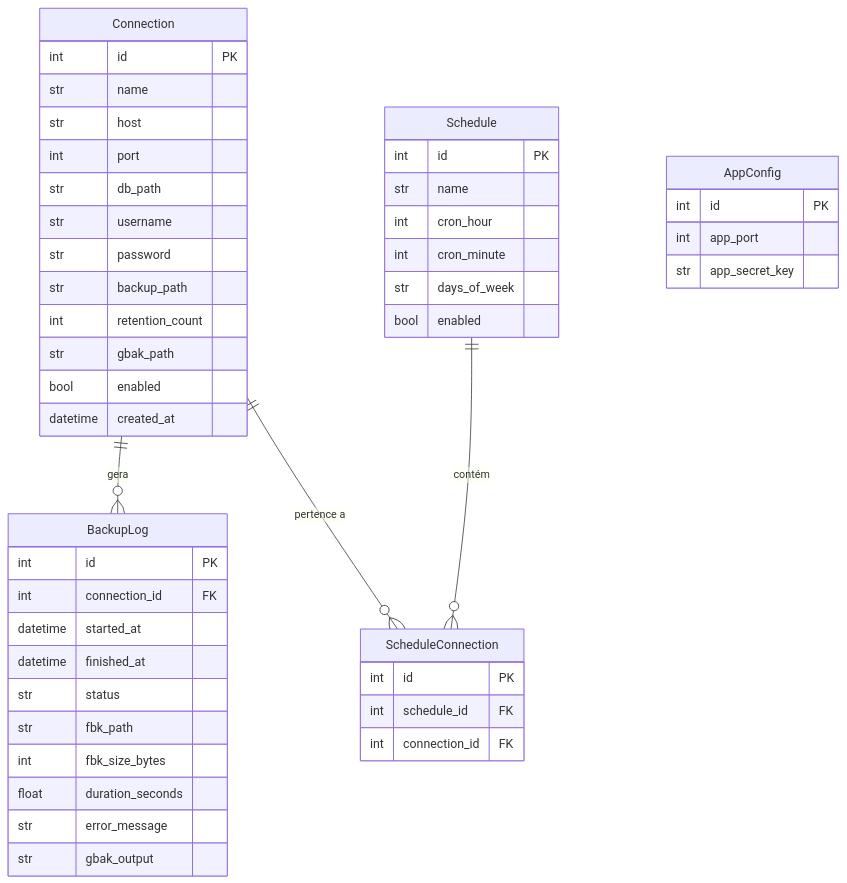
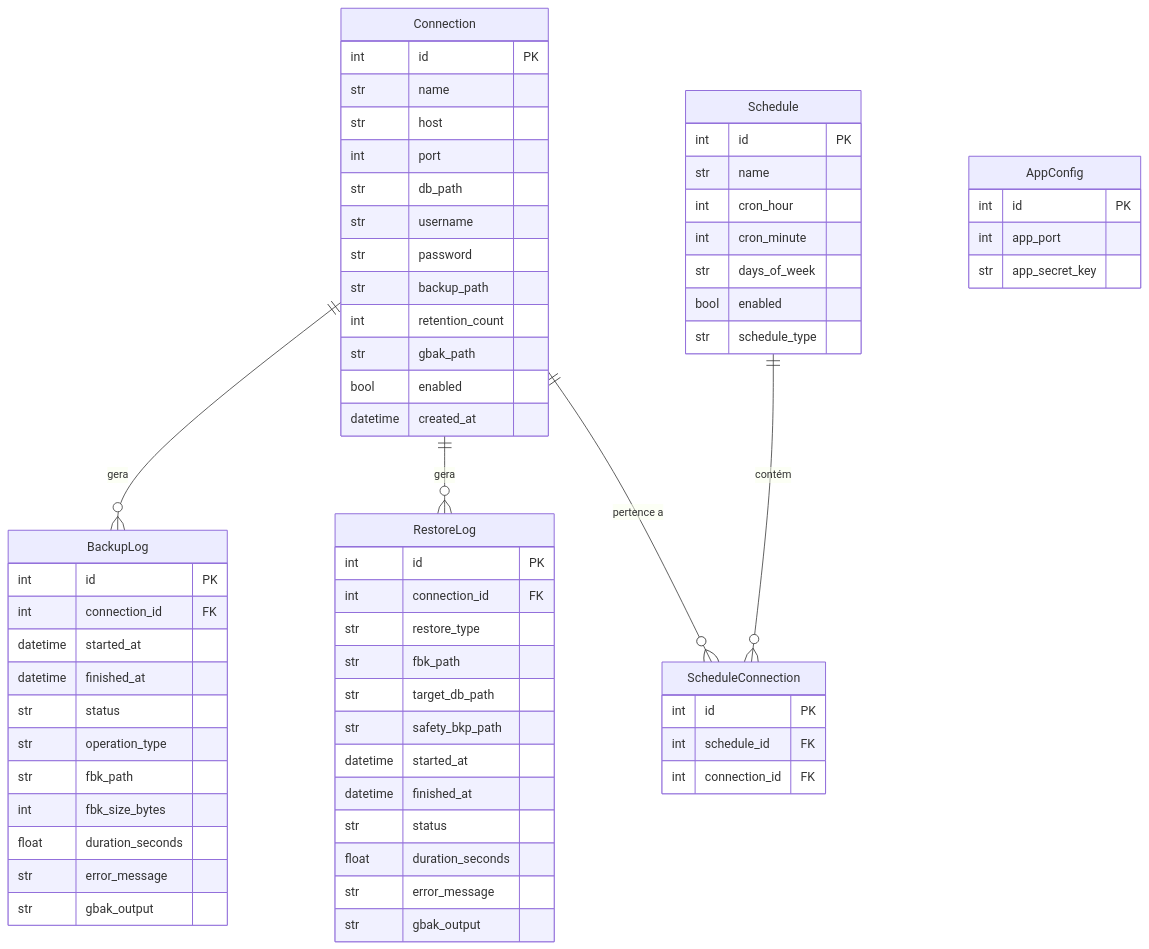
One commit to rafaelhschuh/firebird-backup-manager changed the diagram in docs/modelos.md. Above: the diagram before and after it, drawn with Mermaid. The commit also changed other lines of this file and 14 other files, not shown here.

````diff
--- a/docs/modelos.md
+++ b/docs/modelos.md
@@ -20,55 +20,73 @@
 ```mermaid
 erDiagram
     Connection ||--o{ BackupLog : "gera"
+    Connection ||--o{ RestoreLog : "gera"
     Connection ||--o{ ScheduleConnection : "pertence a"
     Schedule   ||--o{ ScheduleConnection : "contém"
 
     Connection {
         int id PK
         str name
         str host
         int port
         str db_path
         str username
         str password
         str backup_path
         int retention_count
         str gbak_path
         bool enabled
         datetime created_at
     }
 
     Schedule {
         int id PK
         str name
         int cron_hour
         int cron_minute
         str days_of_week
         bool enabled
+        str schedule_type
     }
 
     ScheduleConnection {
         int id PK
         int schedule_id FK
         int connection_id FK
     }
 
     BackupLog {
         int id PK
         int connection_id FK
         datetime started_at
         datetime finished_at
         str status
+        str operation_type
         str fbk_path
         int fbk_size_bytes
+        float duration_seconds
+        str error_message
+        str gbak_output
+    }
+
+    RestoreLog {
+        int id PK
+        int connection_id FK
+        str restore_type
+        str fbk_path
+        str target_db_path
+        str safety_bkp_path
+        datetime started_at
+        datetime finished_at
+        str status
         float duration_seconds
         str error_message
         str gbak_output
     }
 
     AppConfig {
         int id PK
         int app_port
         str app_secret_key
     }
 ```
````
